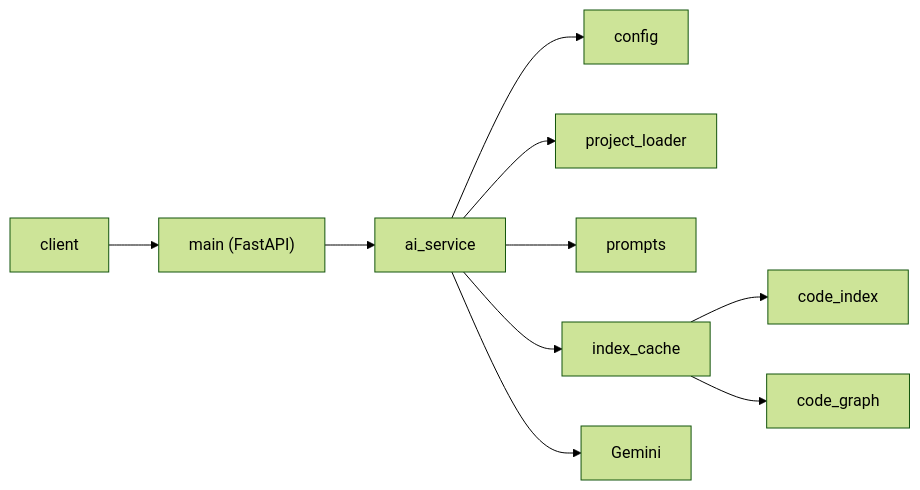
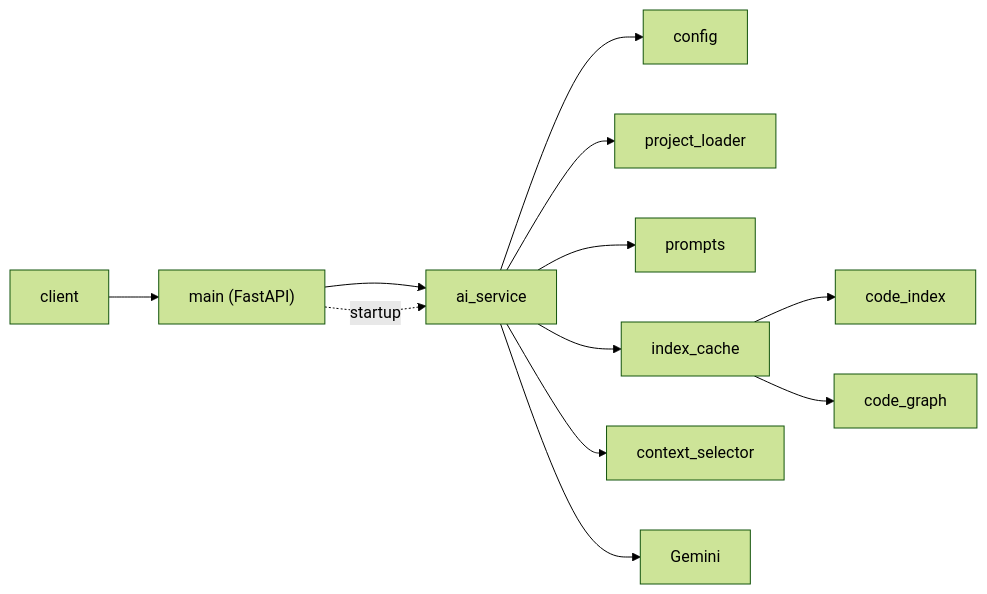
One commit to vladsocaciu1/embedded-ai-copilot changed the diagram in README.md. Above: the diagram before and after it, drawn with Mermaid (forest theme). The commit also changed other lines of this file and 10 other files, not shown here.

````diff
--- a/README.md
+++ b/README.md
@@ -11,12 +11,14 @@
 ```mermaid
 flowchart LR
     client --> main["main (FastAPI)"]
     main --> ai_service
+    main -. startup .-> ai_service
     ai_service --> config
     ai_service --> project_loader
     ai_service --> prompts
     ai_service --> index_cache
+    ai_service --> context_selector
     index_cache --> code_index
     index_cache --> code_graph
     ai_service --> Gemini
 ```
````
